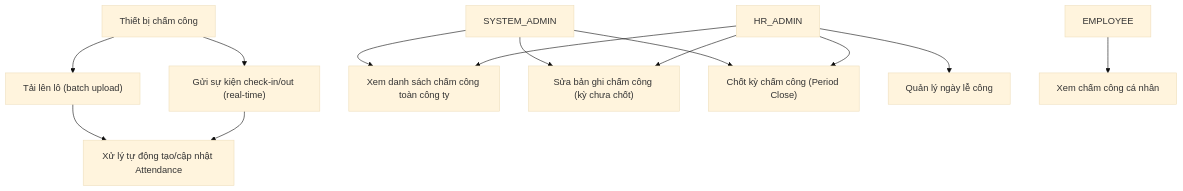
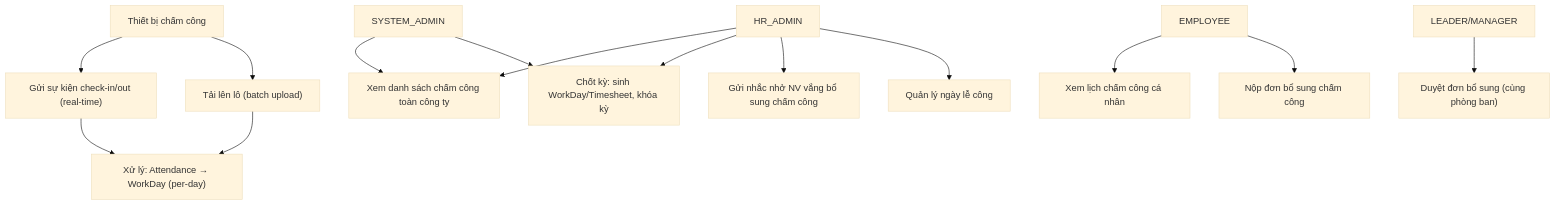
Before and after one commit to NBachTH/HRMS: the third of 19 diagrams in docs/DATN_20204812_NguyenThanhBach/DATN_20204812_NguyenThanhBach.md, drawn with Mermaid (base theme). The commit also changed other lines of this file and 88 other files, not shown here.

Commit message:
fix Contract, Payroll Run flow

````diff
--- a/docs/DATN_20204812_NguyenThanhBach/DATN_20204812_NguyenThanhBach.md
+++ b/docs/DATN_20204812_NguyenThanhBach/DATN_20204812_NguyenThanhBach.md
@@ -231,15 +231,16 @@
 ```mermaid
 graph TD
     DEV["Thiết bị chấm công"] --> A["Gửi sự kiện check-in/out (real-time)"]
     DEV --> B["Tải lên lô (batch upload)"]
-    A --> C["Xử lý tự động tạo/cập nhật Attendance"]
+    A --> C["Xử lý: Attendance → WorkDay (per-day)"]
     B --> C
     HR["HR_ADMIN"] --> D["Xem danh sách chấm công toàn công ty"]
-    HR --> E["Sửa bản ghi chấm công (kỳ chưa chốt)"]
-    HR --> F["Chốt kỳ chấm công (Period Close)"]
+    HR --> F["Chốt kỳ: sinh WorkDay/Timesheet, khóa kỳ"]
+    HR --> N["Gửi nhắc nhở NV vắng bổ sung chấm công"]
     HR --> G["Quản lý ngày lễ công"]
-    EMP["EMPLOYEE"] --> H["Xem chấm công cá nhân"]
+    EMP["EMPLOYEE"] --> H["Xem lịch chấm công cá nhân"]
+    EMP --> I["Nộp đơn bổ sung chấm công"]
+    MGR["LEADER/MANAGER"] --> J["Duyệt đơn bổ sung (cùng phòng ban)"]
     SYS["SYSTEM_ADMIN"] --> D
-    SYS --> E
     SYS --> F
 ```
````
